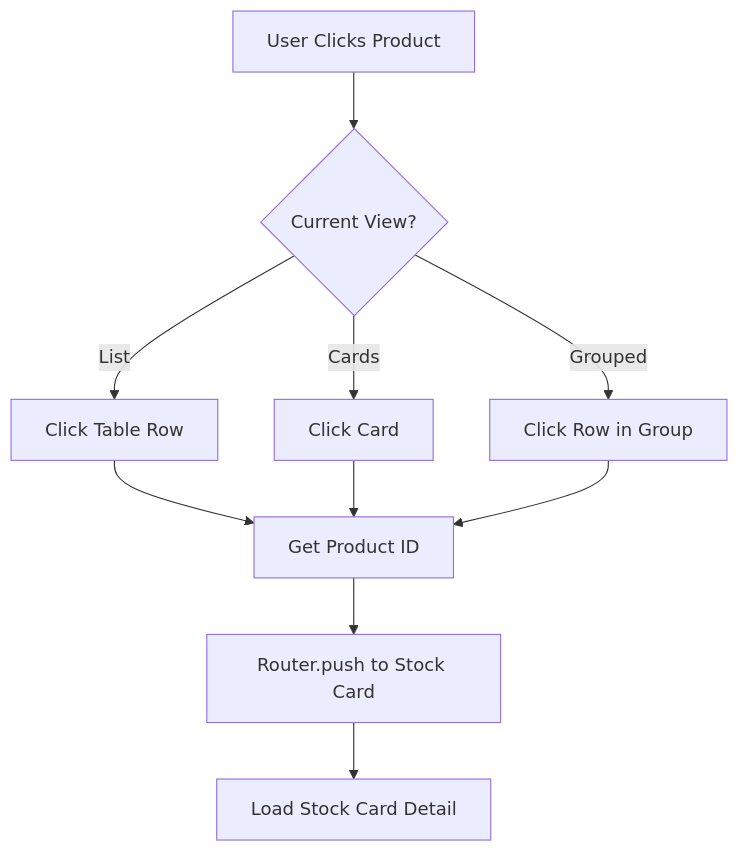
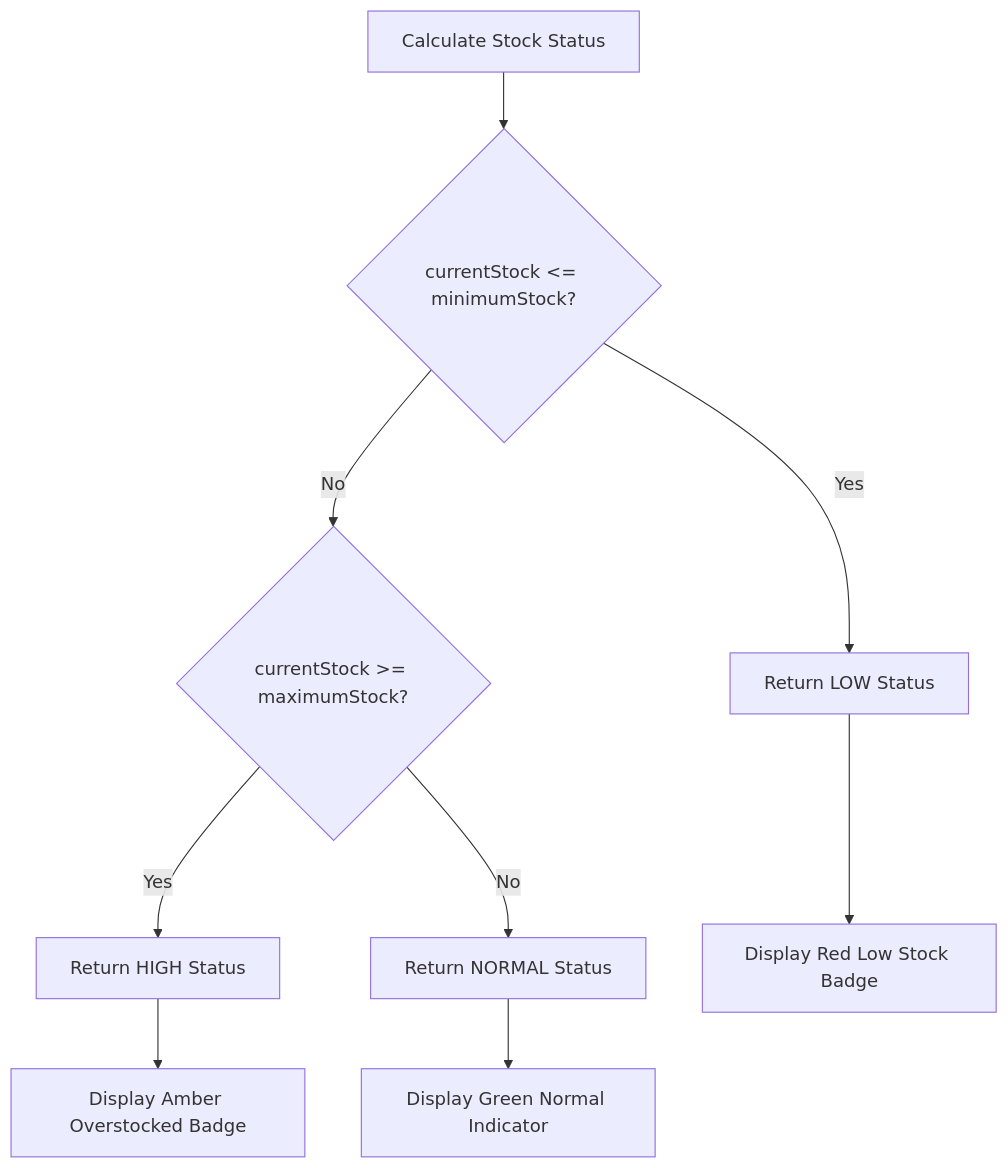
One commit to PeakMNA/carmen changed the fifth of 16 diagrams in docs/app/inventory-management/stock-overview/stock-cards/FD-stock-cards.md. Above: the diagram before and after it, drawn with Mermaid. The commit also changed other lines of this file and 473 other files, not shown here.

````diff
--- a/docs/app/inventory-management/stock-overview/stock-cards/FD-stock-cards.md
+++ b/docs/app/inventory-management/stock-overview/stock-cards/FD-stock-cards.md
@@ -90,12 +113,11 @@
 ```mermaid
 flowchart TD
-    A[User Clicks Product] --> B{Current View?}
-    B -->|List| C[Click Table Row]
-    B -->|Cards| D[Click Card]
-    B -->|Grouped| E[Click Row in Group]
-    C --> F[Get Product ID]
-    D --> F
-    E --> F
-    F --> G[Router.push to Stock Card]
-    G --> H[Load Stock Card Detail]
+    A[Calculate Stock Status] --> B{currentStock <= minimumStock?}
+    B -->|Yes| C[Return LOW Status]
+    B -->|No| D{currentStock >= maximumStock?}
+    D -->|Yes| E[Return HIGH Status]
+    D -->|No| F[Return NORMAL Status]
+    C --> G[Display Red Low Stock Badge]
+    E --> H[Display Amber Overstocked Badge]
+    F --> I[Display Green Normal Indicator]
 ```
````
